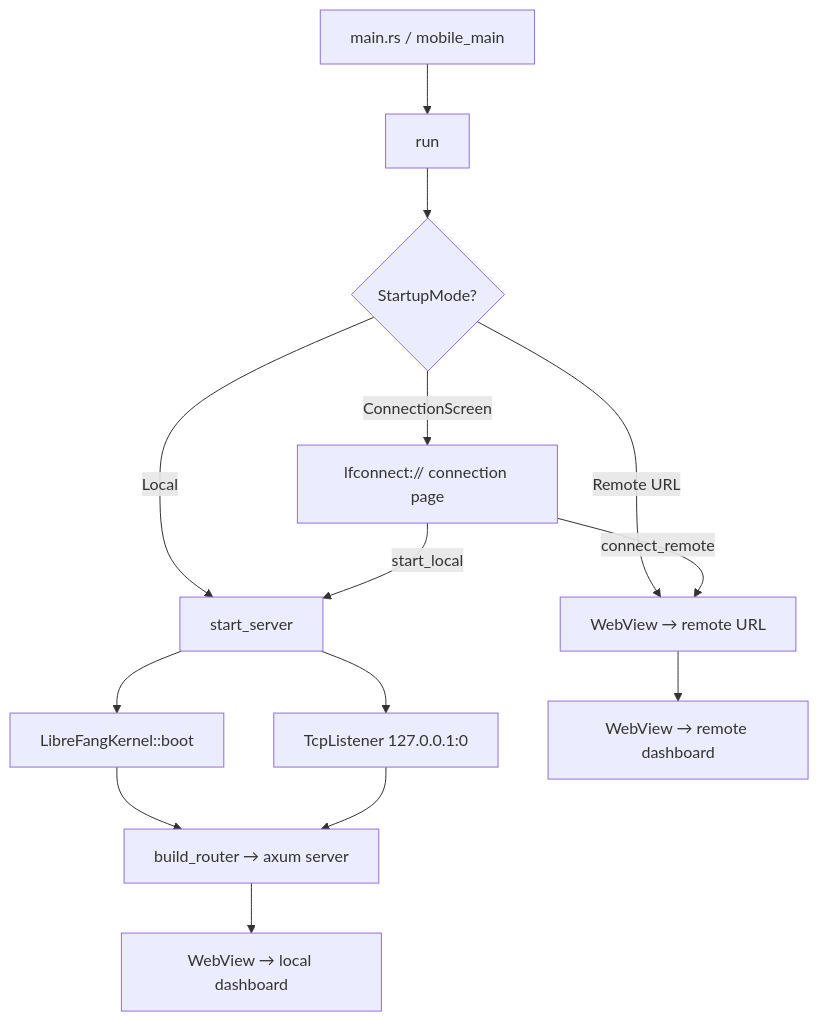
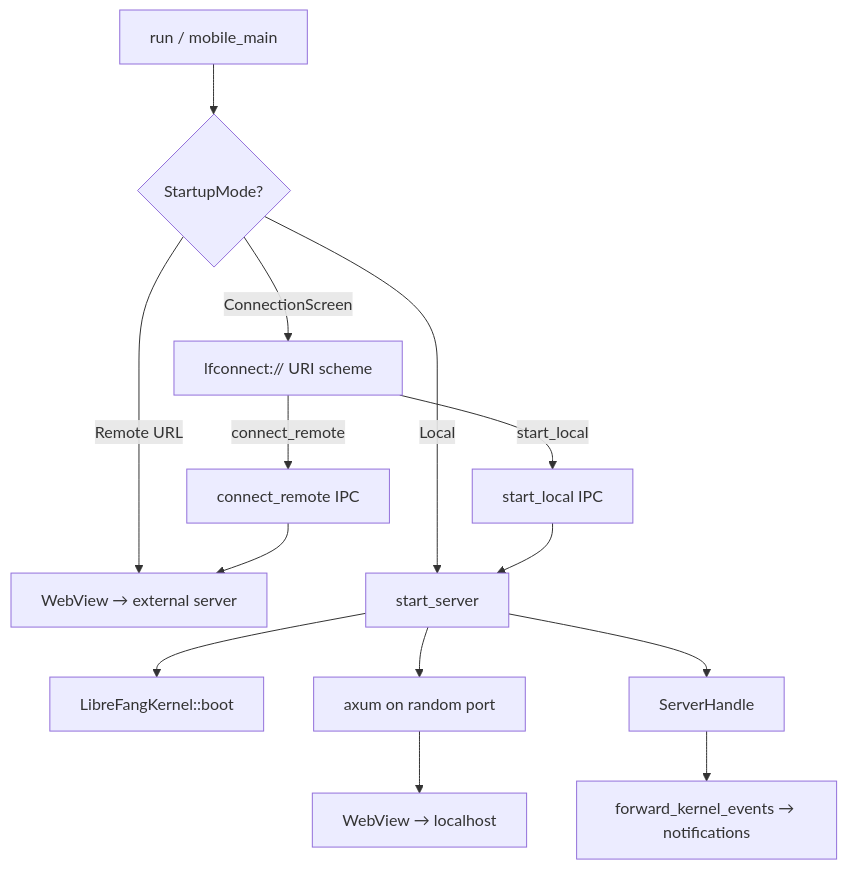
Before and after one commit to leszek3737/librefang-WIki: the diagram in desktop-application.md, drawn with Mermaid. The commit also changed other lines of this file and 119 other files, not shown here.

````diff
--- a/desktop-application.md
+++ b/desktop-application.md
@@ -9,16 +9,16 @@
 ```mermaid
 graph TD
-    CLI[main.rs / mobile_main] --> run[run]
-    run --> SM{StartupMode?}
-    SM -->|Remote URL| NAV[WebView → remote URL]
-    SM -->|Local| SS[start_server]
-    SM -->|ConnectionScreen| CS[lfconnect:// connection page]
-    SS --> KERNEL[LibreFangKernel::boot]
-    SS --> LISTEN[TcpListener 127.0.0.1:0]
-    KERNEL --> ROUTER[build_router → axum server]
-    LISTEN --> ROUTER
-    CS -->|connect_remote| NAV
-    CS -->|start_local| SS
-    ROUTER --> DASH[WebView → local dashboard]
-    NAV --> DASH2[WebView → remote dashboard]
+    A[run / mobile_main] --> B{StartupMode?}
+    B -->|Remote URL| C[WebView → external server]
+    B -->|Local| D[start_server]
+    B -->|ConnectionScreen| E[lfconnect:// URI scheme]
+    D --> F[LibreFangKernel::boot]
+    D --> G[axum on random port]
+    G --> H[WebView → localhost]
+    E -->|connect_remote| I[connect_remote IPC]
+    E -->|start_local| J[start_local IPC]
+    I --> C
+    J --> D
+    D --> K[ServerHandle]
+    K --> L[forward_kernel_events → notifications]
 ```
````
